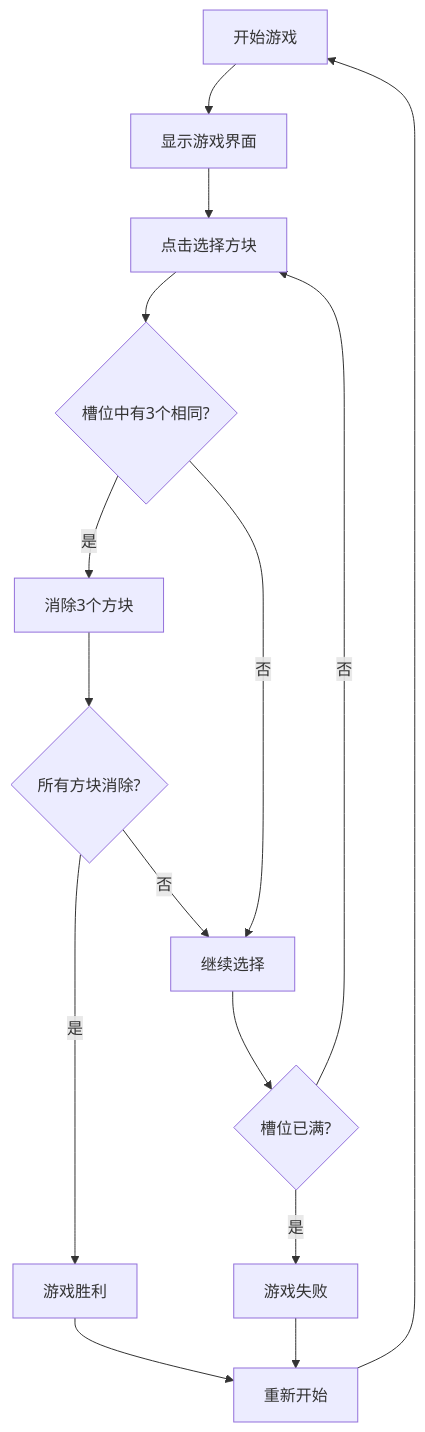
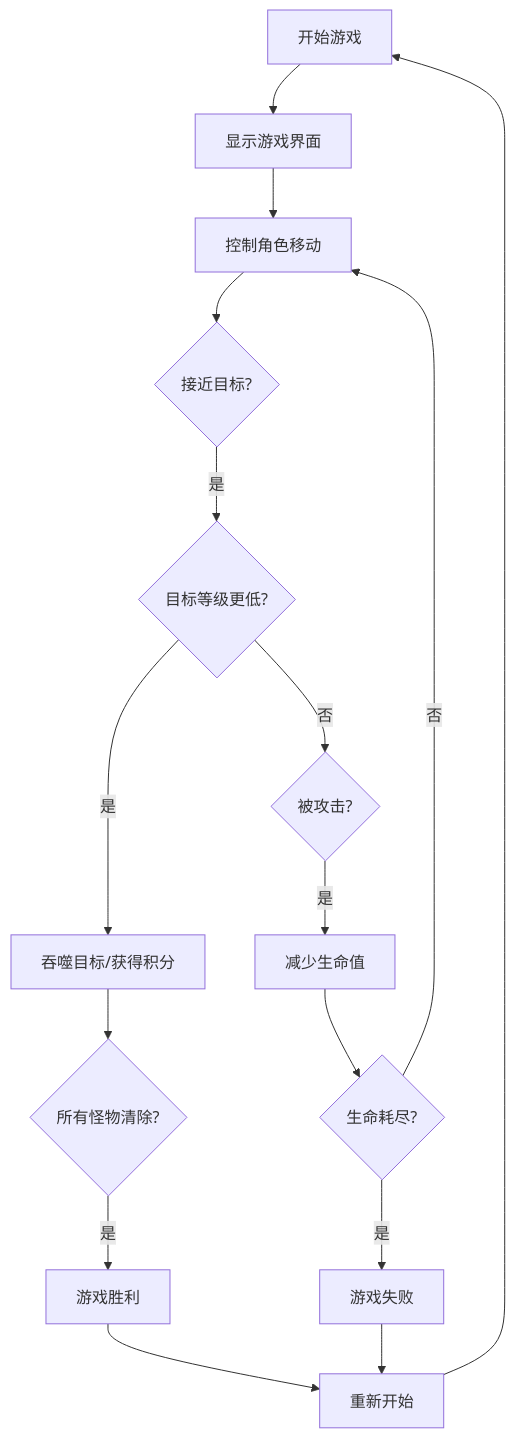
The diagram in .trae/documents/prd.md (EvilGodenDragon/littlegame), drawn with Mermaid before and after one commit. The commit also changed other lines of this file and 30 other files, not shown here.

````diff
--- a/.trae/documents/prd.md
+++ b/.trae/documents/prd.md
@@ -23,17 +25,18 @@
 ```mermaid
 flowchart TD
     A[开始游戏] --> B[显示游戏界面]
-    B --> C[点击选择方块]
-    C --> D{槽位中有3个相同?}
-    D -->|是| E[消除3个方块]
-    D -->|否| F[继续选择]
-    E --> G{所有方块消除?}
-    G -->|是| H[游戏胜利]
-    G -->|否| F
-    F --> I{槽位已满?}
+    B --> C[控制角色移动]
+    C --> D{接近目标?}
+    D -->|是| E{目标等级更低?}
+    E -->|是| F[吞噬目标/获得积分]
+    E -->|否| G{被攻击?}
+    G -->|是| H[减少生命值]
+    H --> I{生命耗尽?}
     I -->|是| J[游戏失败]
+    F --> K{所有怪物清除?}
+    K -->|是| L[游戏胜利]
     I -->|否| C
-    H --> K[重新开始]
-    J --> K
-    K --> A
+    L --> M[重新开始]
+    J --> M
+    M --> A
 ```
````
